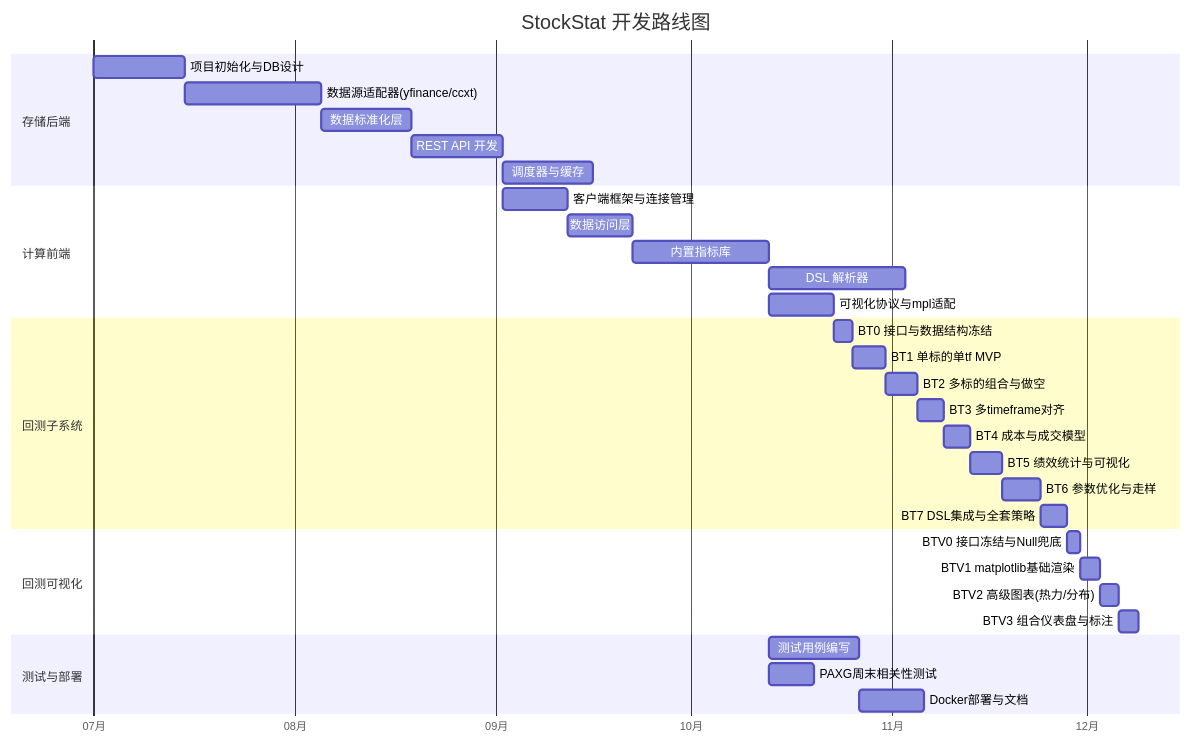
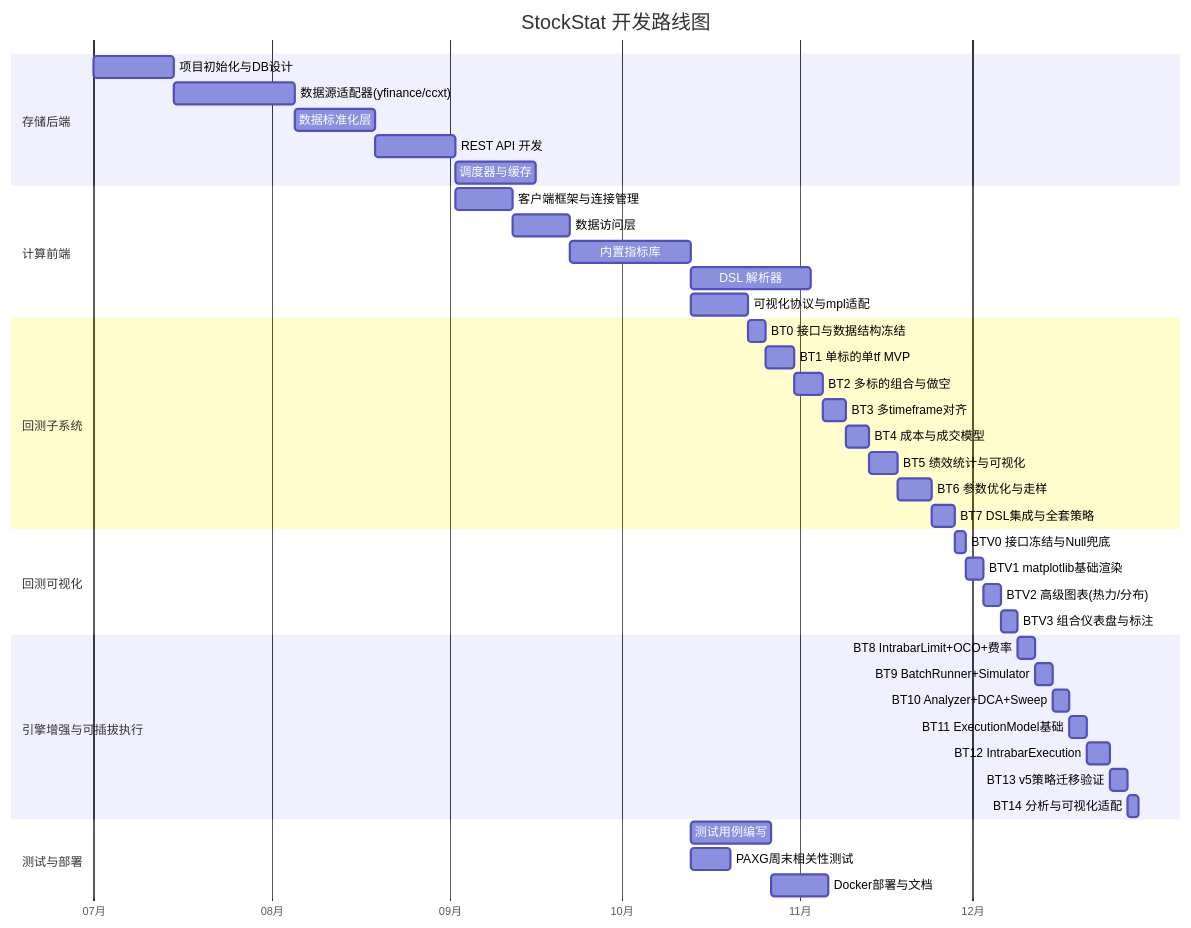
Diagram 20 of 23 in DESIGN_CN.md (RESBI/StockStatistic), drawn with Mermaid before and after one commit. The commit also changed other lines of this file, not shown here.

````diff
--- a/DESIGN_CN.md
+++ b/DESIGN_CN.md
@@ -1676,41 +1696,50 @@
 ```mermaid
 gantt
     title StockStat 开发路线图
     dateFormat  YYYY-MM-DD
     axisFormat  %m月
 
     section 存储后端
     项目初始化与DB设计          :a1, 2026-07-01, 14d
     数据源适配器(yfinance/ccxt)  :a2, after a1, 21d
     数据标准化层               :a3, after a2, 14d
     REST API 开发              :a4, after a3, 14d
     调度器与缓存               :a5, after a4, 14d
 
     section 计算前端
     客户端框架与连接管理        :b1, after a4, 10d
     数据访问层                 :b2, after b1, 10d
     内置指标库                 :b3, after b2, 21d
     DSL 解析器                 :b4, after b3, 21d
     可视化协议与mpl适配         :b5, after b3, 10d
 
     section 回测子系统
     BT0 接口与数据结构冻结      :bt0, after b5, 3d
     BT1 单标的单tf MVP          :bt1, after bt0, 5d
     BT2 多标的组合与做空        :bt2, after bt1, 5d
     BT3 多timeframe对齐        :bt3, after bt2, 4d
     BT4 成本与成交模型          :bt4, after bt3, 4d
     BT5 绩效统计与可视化        :bt5, after bt4, 5d
     BT6 参数优化与走样          :bt6, after bt5, 6d
     BT7 DSL集成与全套策略       :bt7, after bt6, 4d
 
     section 回测可视化
     BTV0 接口冻结与Null兜底     :btv0, after bt7, 2d
     BTV1 matplotlib基础渲染     :btv1, after btv0, 3d
     BTV2 高级图表(热力/分布)    :btv2, after btv1, 3d
     BTV3 组合仪表盘与标注       :btv3, after btv2, 3d
 
+    section 引擎增强与可插拔执行
+    BT8 IntrabarLimit+OCO+费率  :bt8, after btv3, 3d
+    BT9 BatchRunner+Simulator   :bt9, after bt8, 3d
+    BT10 Analyzer+DCA+Sweep     :bt10, after bt9, 3d
+    BT11 ExecutionModel基础     :bt11, after bt10, 3d
+    BT12 IntrabarExecution      :bt12, after bt11, 4d
+    BT13 v5策略迁移验证         :bt13, after bt12, 3d
+    BT14 分析与可视化适配       :bt14, after bt13, 2d
+
     section 测试与部署
     测试用例编写               :c1, after b3, 14d
     PAXG周末相关性测试          :c2, after b3, 7d
     Docker部署与文档            :c3, after c1, 10d
 ```
````
